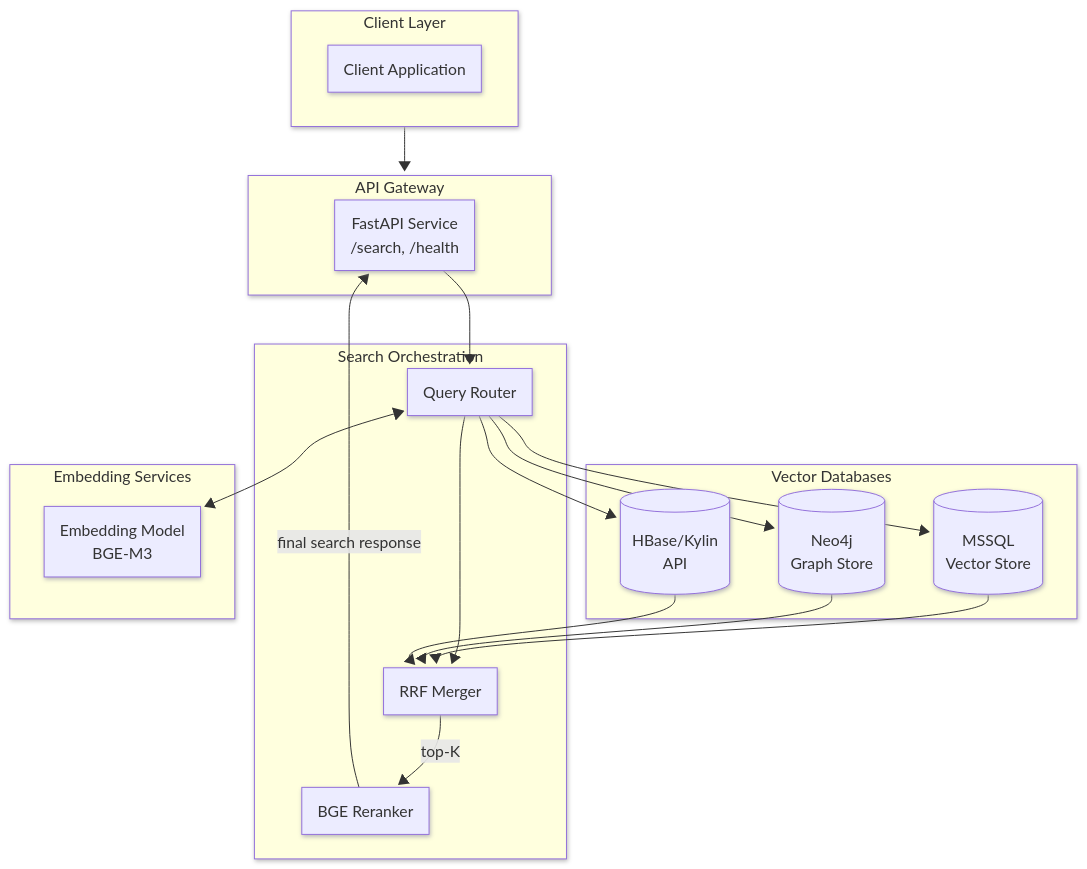
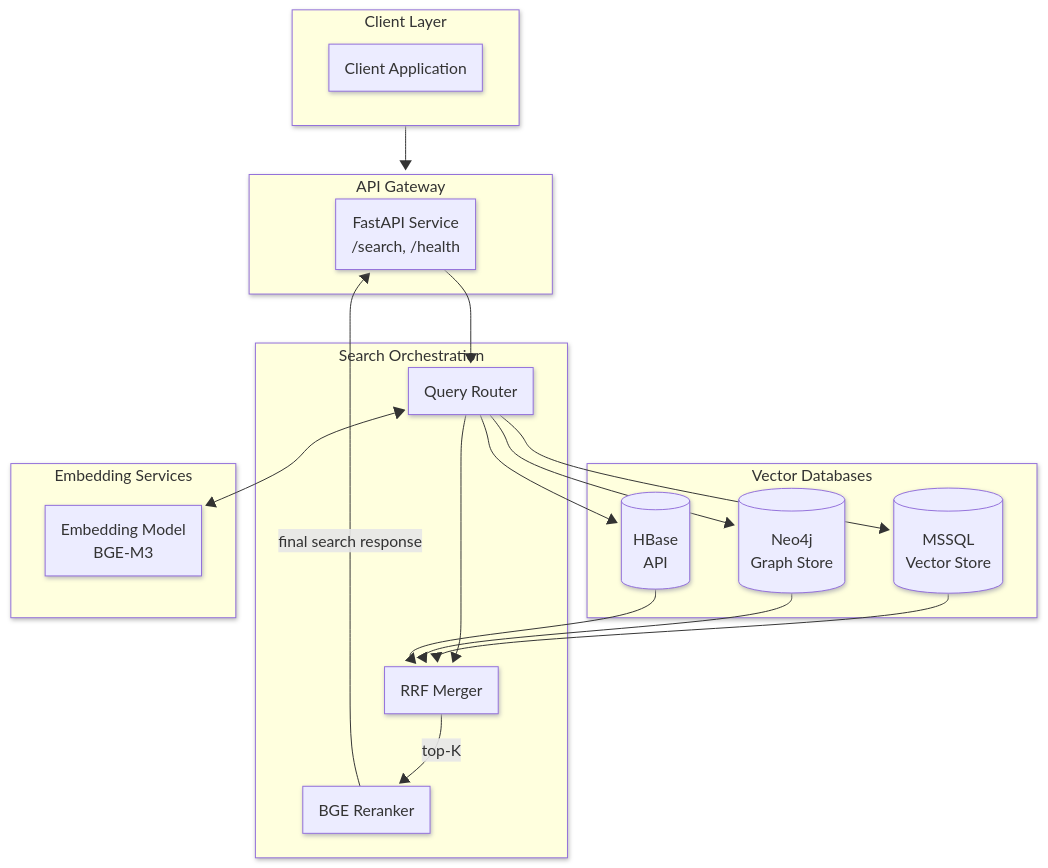
One commit to ydkulks/SemanticSearchEngine changed the first of 3 diagrams in Plan.md. Above: the diagram before and after it, drawn with Mermaid. The commit also changed other lines of this file and 4 other files, not shown here.

````diff
--- a/Plan.md
+++ b/Plan.md
@@ -5,38 +5,38 @@
 ```mermaid
 ---
 config:
   look: neo
   theme: default
   layout: fixed
 ---
 flowchart TB
  subgraph subGraph0["Client Layer"]
         Client["Client Application"]
   end
  subgraph subGraph1["API Gateway"]
         FastAPI["FastAPI Service<br>/search, /health"]
   end
  subgraph subGraph2["Search Orchestration"]
         Router["Query Router"]
         RRF["RRF Merger"]
         Reranker["BGE Reranker"]
   end
  subgraph subGraph3["Vector Databases"]
         MSSQL[("MSSQL<br>Vector Store")]
         Neo4j[("Neo4j<br>Graph Store")]
-        HBaseAPI[("HBase/Kylin<br>API")]
+        HBaseAPI[("HBase<br>API")]
   end
  subgraph subGraph4["Embedding Services"]
         Embedder["Embedding Model<br>BGE-M3"]
   end
     FastAPI --> Router
     Router --> HBaseAPI & MSSQL & RRF
     Router -- <br> --> Neo4j
     Router <--> Embedder
     MSSQL --> RRF
     Neo4j --> RRF
     HBaseAPI --> RRF
     RRF -- "top-K" --> Reranker
     Reranker -- final search response --> FastAPI
     subGraph0 --> subGraph1
 ```
````
